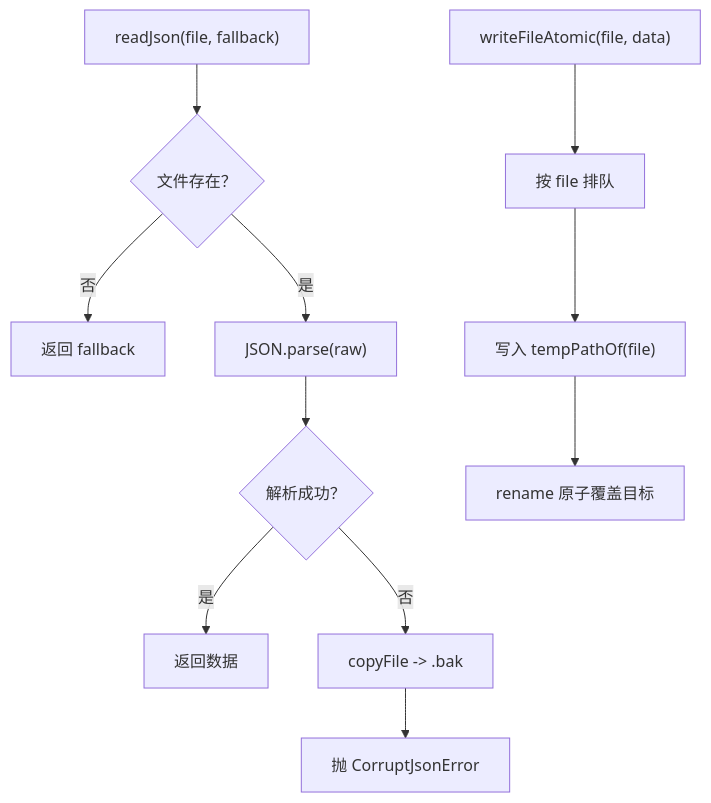
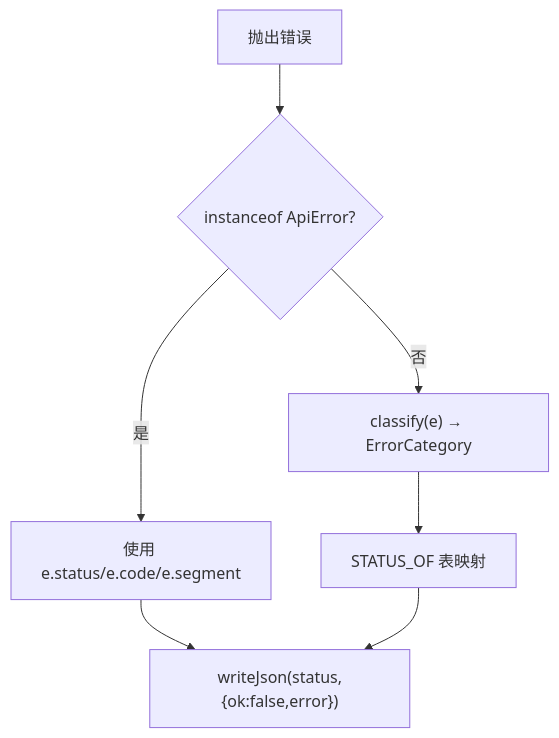
Before and after one commit to xrn1997/dsh-novel: the ninth of 9 diagrams in .qoder/repowiki/zh/content/架构总览.md, drawn with Mermaid. The commit also changed other lines of this file and 73 other files, not shown here.

````diff
--- a/.qoder/repowiki/zh/content/架构总览.md
+++ b/.qoder/repowiki/zh/content/架构总览.md
@@ -308,14 +351,9 @@
 ```mermaid
 flowchart TD
-  Read["readJson(file, fallback)"] --> Exists{"文件存在？"}
-  Exists -->|否| Fallback["返回 fallback"]
-  Exists -->|是| Parse["JSON.parse(raw)"]
-  Parse --> Ok{"解析成功？"}
-  Ok -->|是| Data["返回数据"]
-  Ok -->|否| Backup["copyFile -> .bak"]
-  Backup --> Throw["抛 CorruptJsonError"]
-
-  Write["writeFileAtomic(file, data)"] --> Queue["按 file 排队"]
-  Queue --> Temp["写入 tempPathOf(file)"]
-  Temp --> Rename["rename 原子覆盖目标"]
+  Throw["抛出错误"] --> IsApiError{"instanceof ApiError?"}
+  IsApiError -->|是| UseApiError["使用 e.status/e.code/e.segment"]
+  IsApiError -->|否| Classify["classify(e) → ErrorCategory"]
+  Classify --> MapTable["STATUS_OF 表映射"]
+  UseApiError --> WriteJson["writeJson(status,{ok:false,error})"]
+  MapTable --> WriteJson
 ```
````
